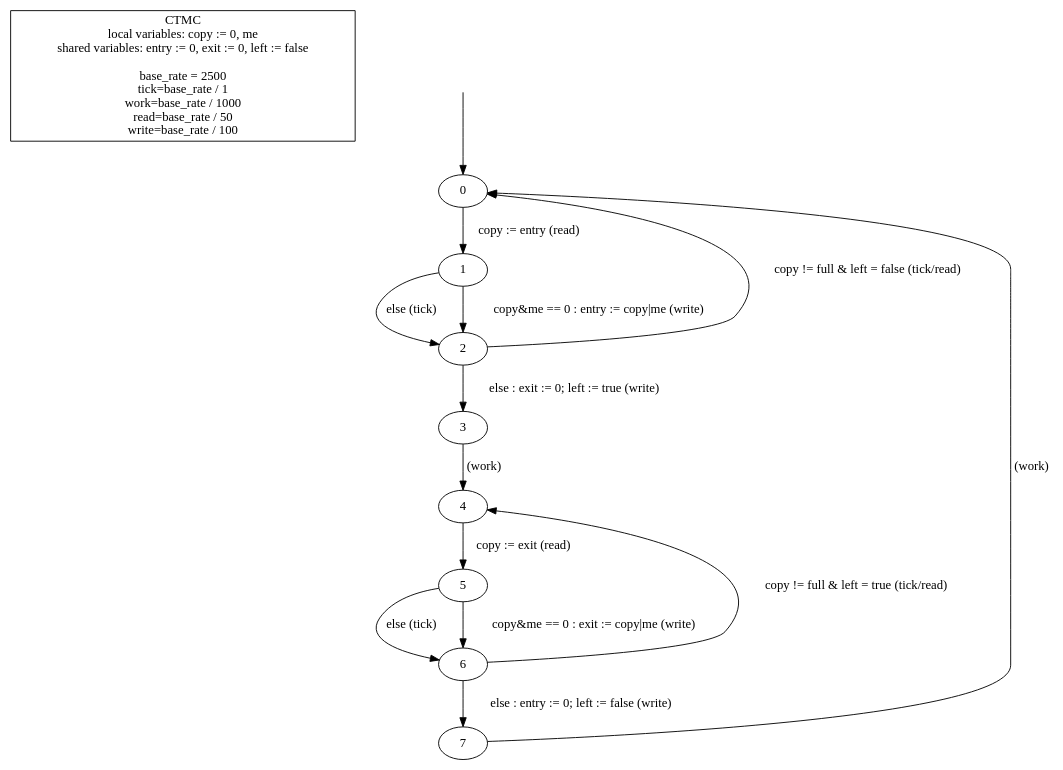
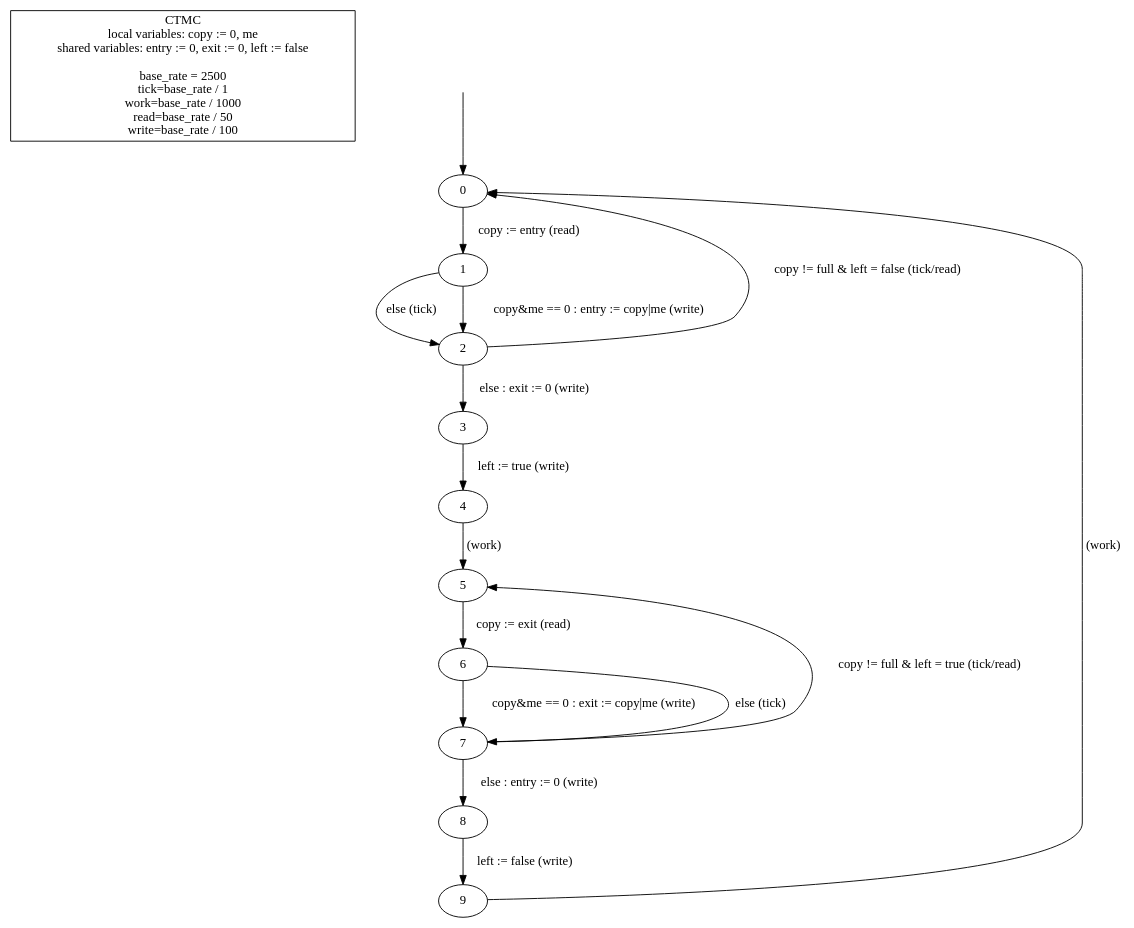
Before and after one commit to hydroo/minor-thesis-barriers: the diagram in barrier-attempt/model-prism-ctmc/model.dot, drawn with Graphviz. The commit also changed 1 other file, not shown here.

```diff
--- a/barrier-attempt/model-prism-ctmc/model.dot
+++ b/barrier-attempt/model-prism-ctmc/model.dot
@@ -1,25 +1,27 @@
 digraph {
 
 	"CTMC\nlocal variables: copy := 0, me\nshared variables: entry := 0, exit := 0, left := false\n\nbase_rate = 2500\ntick=base_rate / 1\nwork=base_rate / 1000\nread=base_rate / 50\nwrite=base_rate / 100" [nojustify=true, shape=box]
 
 	initial_state_source [style=invis]
 	initial_state_source -> "0"
 
 	"0" -> "1" [weight=10, label="copy := entry (read)"]
 	"1" -> "2" [label="else (tick)"]
 	"1" -> "2" [weight=10, label="copy&me == 0 : entry := copy|me (write)"]
 
 	"2" -> "0" [label="copy != full & left = false (tick/read)"]
-	"2" -> "3" [weight=10, label="else : exit := 0; left := true (write)"]
+	"2" -> "3" [weight=10, label="else : exit := 0 (write)"]
+	"3" -> "4" [weight=10, label="left := true (write)"]
 
-	"3" -> "4" [weight=10, label="(work)"]
+	"4" -> "5" [weight=10, label="(work)"]
 
-	"4" -> "5" [weight=10, label="copy := exit (read)"]
-	"5" -> "6" [label="else (tick)"]
-	"5" -> "6" [weight=10, label="copy&me == 0 : exit := copy|me (write)"]
+	"5" -> "6" [weight=10, label="copy := exit (read)"]
+	"6" -> "7" [weight=10, label="copy&me == 0 : exit := copy|me (write)"]
+	"6" -> "7" [label="else (tick)"]
 
-	"6" -> "4" [label="copy != full & left = true (tick/read)"]
-	"6" -> "7" [weight=10, label="else : entry := 0; left := false (write)"]
+	"7" -> "5" [label="copy != full & left = true (tick/read)"]
+	"7" -> "8" [weight=10, label="else : entry := 0 (write)"]
+	"8" -> "9" [weight=10, label="left := false (write)"]
 
-	"7" -> "0" [label="(work)"]
+	"9" -> "0" [label="(work)"]
 }
```
